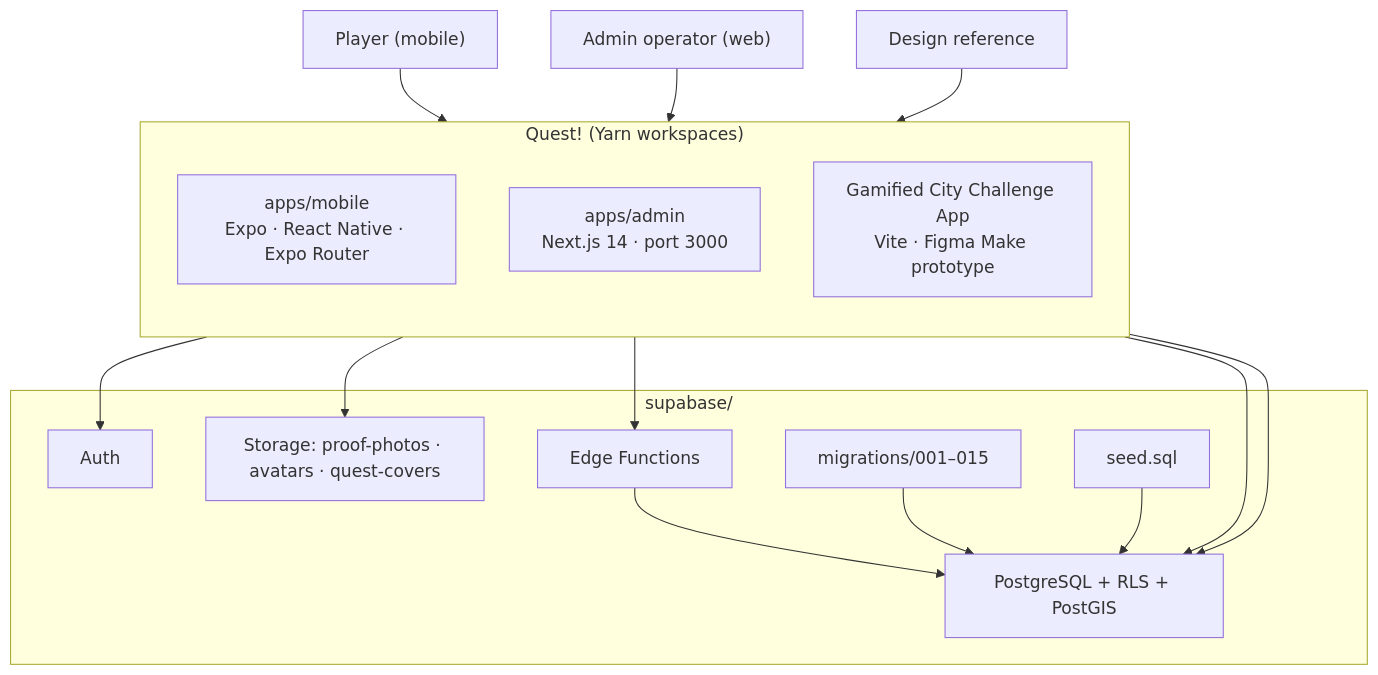
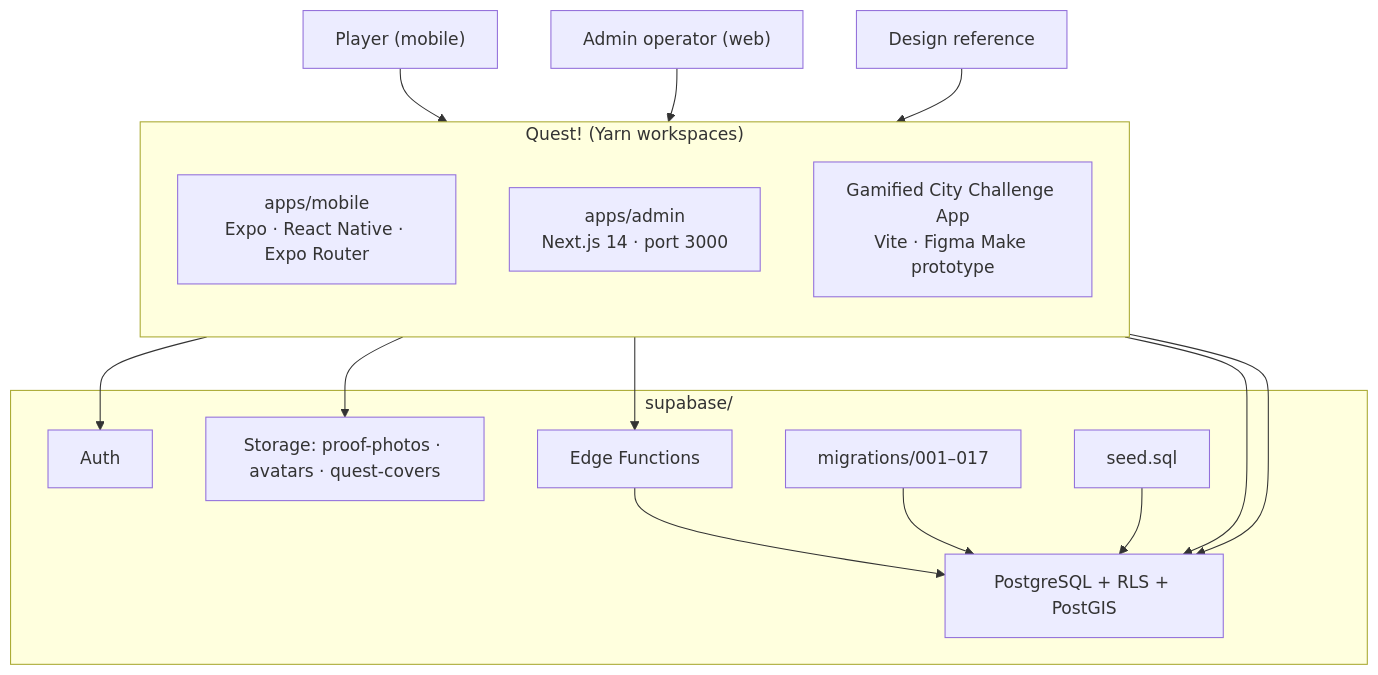
One commit to Rahilyw/Quest changed the first of 6 diagrams in ARCHITECTURE.md. Above: the diagram before and after it, drawn with Mermaid. The commit also changed other lines of this file and 35 other files, not shown here.

````diff
--- a/ARCHITECTURE.md
+++ b/ARCHITECTURE.md
@@ -7,32 +7,32 @@
 ```mermaid
 flowchart TB
     subgraph Monorepo["Quest! (Yarn workspaces)"]
         direction TB
         Mobile["apps/mobile<br/>Expo · React Native · Expo Router"]
         Admin["apps/admin<br/>Next.js 14 · port 3000"]
         Prototype["Gamified City Challenge App<br/>Vite · Figma Make prototype"]
     end
 
     subgraph Supabase["supabase/"]
         Auth["Auth"]
         DB["PostgreSQL + RLS + PostGIS"]
         Storage["Storage: proof-photos · avatars · quest-covers"]
         Edge["Edge Functions"]
-        Migrations["migrations/001–015"]
+        Migrations["migrations/001–017"]
         Seed["seed.sql"]
     end
 
     Player["Player (mobile)"] --> Mobile
     Operator["Admin operator (web)"] --> Admin
     Designer["Design reference"] --> Prototype
 
     Mobile --> Auth
     Mobile --> DB
     Mobile --> Storage
     Admin --> DB
     Admin --> Edge
 
     Edge --> DB
     Migrations --> DB
     Seed --> DB
 ```
````
